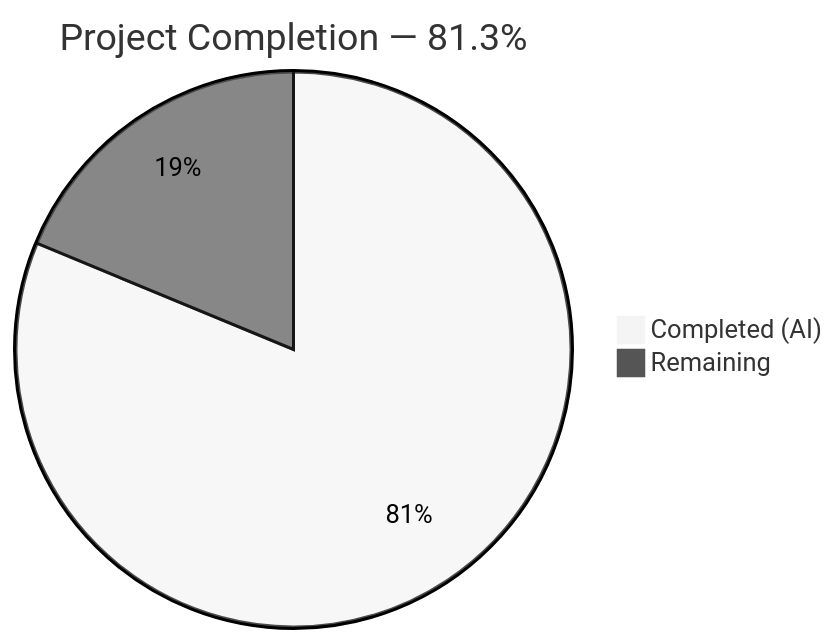
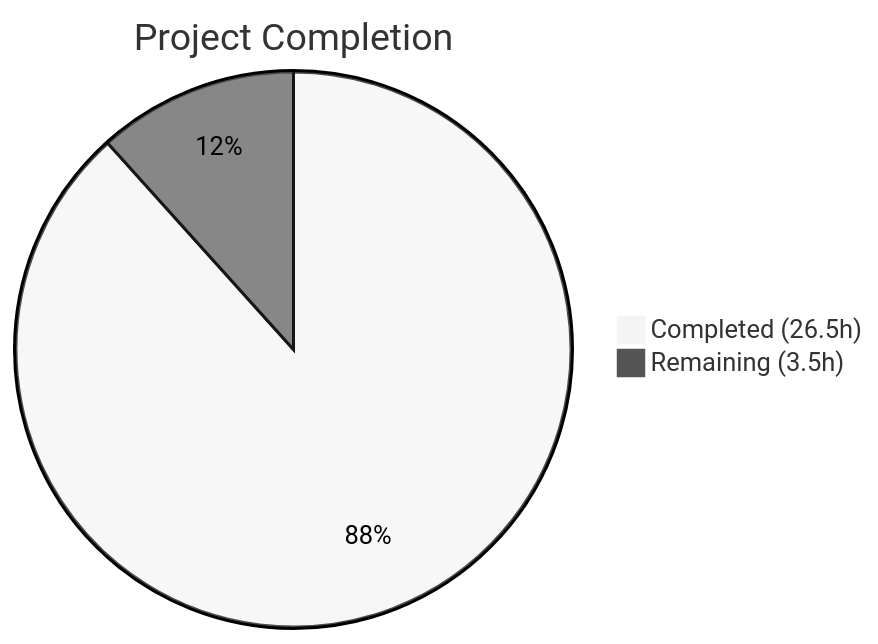
One commit to TestadoBlitzy/Existing-product changed the first of 3 diagrams in blitzy/documentation/Project Guide.md. Above: the diagram before and after it, drawn with Mermaid (neutral theme). The commit also changed other lines of this file, not shown here.

Commit message:
Adding Blitzy Project Guide: Project Status and Human Tasks Remaining

````diff
--- a/blitzy/documentation/Project Guide.md
+++ b/blitzy/documentation/Project Guide.md
@@ -13,5 +13,5 @@
 ```mermaid
-pie title Project Completion — 81.3%
-    "Completed (AI)" : 6.5
-    "Remaining" : 1.5
+pie title Project Completion
+    "Completed (26.5h)" : 26.5
+    "Remaining (3.5h)" : 3.5
 ```
````
